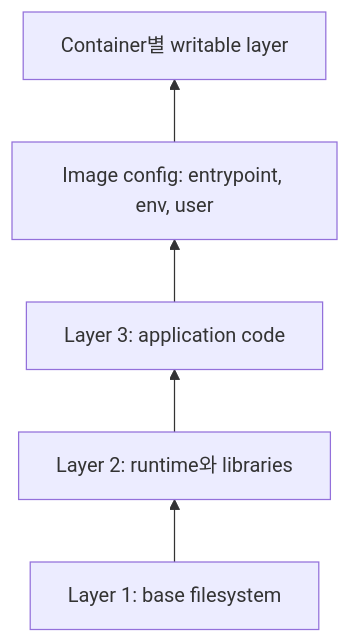
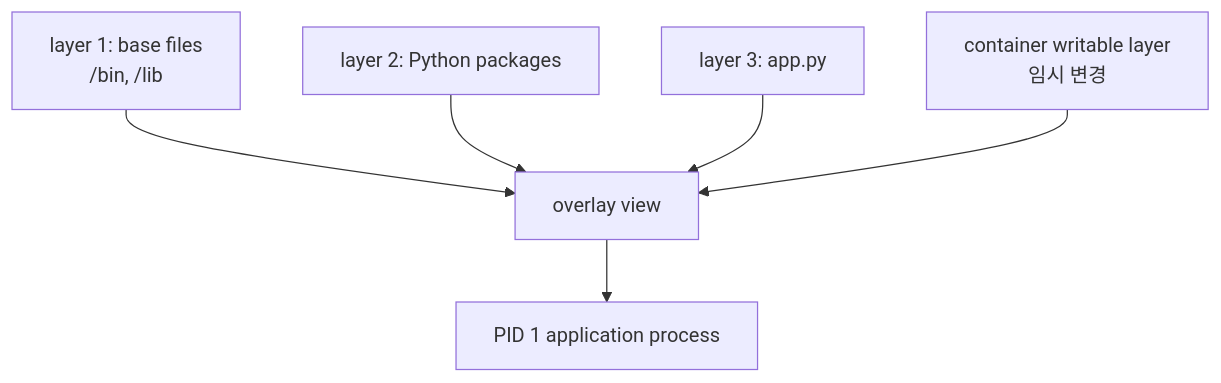
Before and after one commit to mj006648/netai-devsecops-runbook: the first of 2 diagrams in learning/kubernetes/01-containers-and-images.md, drawn with Mermaid. The commit also changed other lines of this file and 165 other files, not shown here.

````diff
--- a/learning/kubernetes/01-containers-and-images.md
+++ b/learning/kubernetes/01-containers-and-images.md
@@ -36,7 +15,8 @@
 ```mermaid
-flowchart BT
-    L1["Layer 1: base filesystem"] --> L2["Layer 2: runtime와 libraries"]
-    L2 --> L3["Layer 3: application code"]
-    L3 --> CFG["Image config: entrypoint, env, user"]
-    CFG --> W["Container별 writable layer"]
+flowchart TB
+    L1["layer 1: base files\n/bin, /lib"] --> U["overlay view"]
+    L2["layer 2: Python packages"] --> U
+    L3["layer 3: app.py"] --> U
+    W["container writable layer\n임시 변경"] --> U
+    U --> P["PID 1 application process"]
 ```
````
